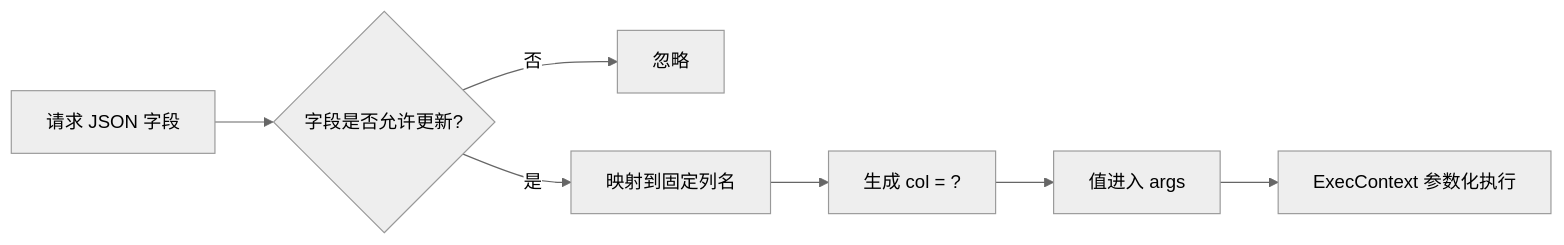
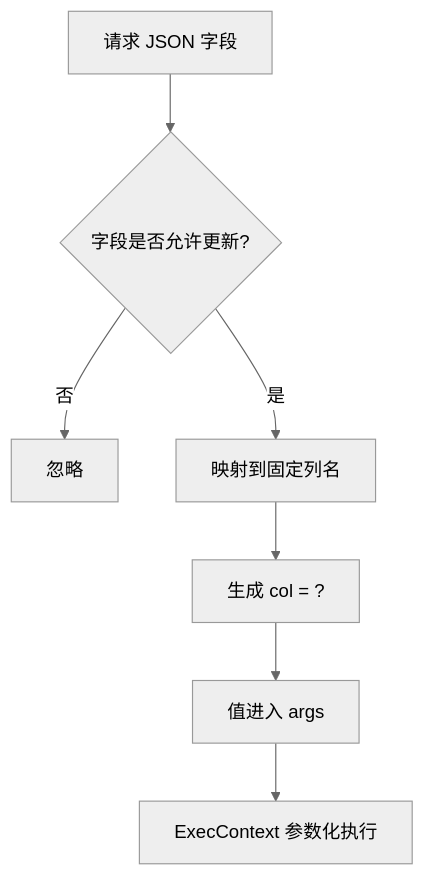
Before and after one commit to bitladykiller/zhiguang_go: the seventh of 9 diagrams in docs/modules/03-资料模块.md, drawn with Mermaid (neutral theme). The commit also changed 11 other files, not shown here.

Commit message:
docs: 架构文档增强与纵向流程图

````diff
--- a/docs/modules/03-资料模块.md
+++ b/docs/modules/03-资料模块.md
@@ -255,9 +255,9 @@
 ```mermaid
-flowchart LR
+flowchart TD
     A[请求 JSON 字段] --> B{字段是否允许更新?}
     B -->|否| C[忽略]
     B -->|是| D[映射到固定列名]
     D --> E[生成 col = ?]
     E --> F[值进入 args]
     F --> G[ExecContext 参数化执行]
 ```
````
